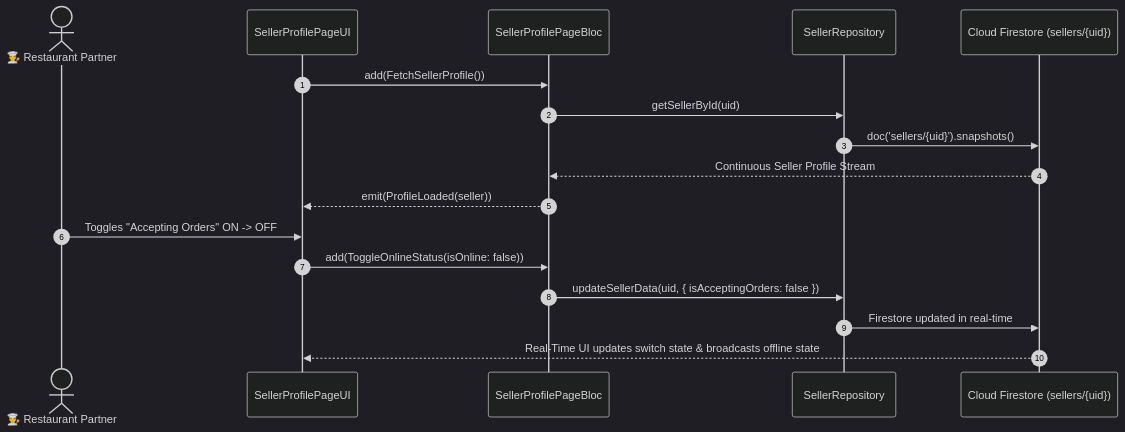
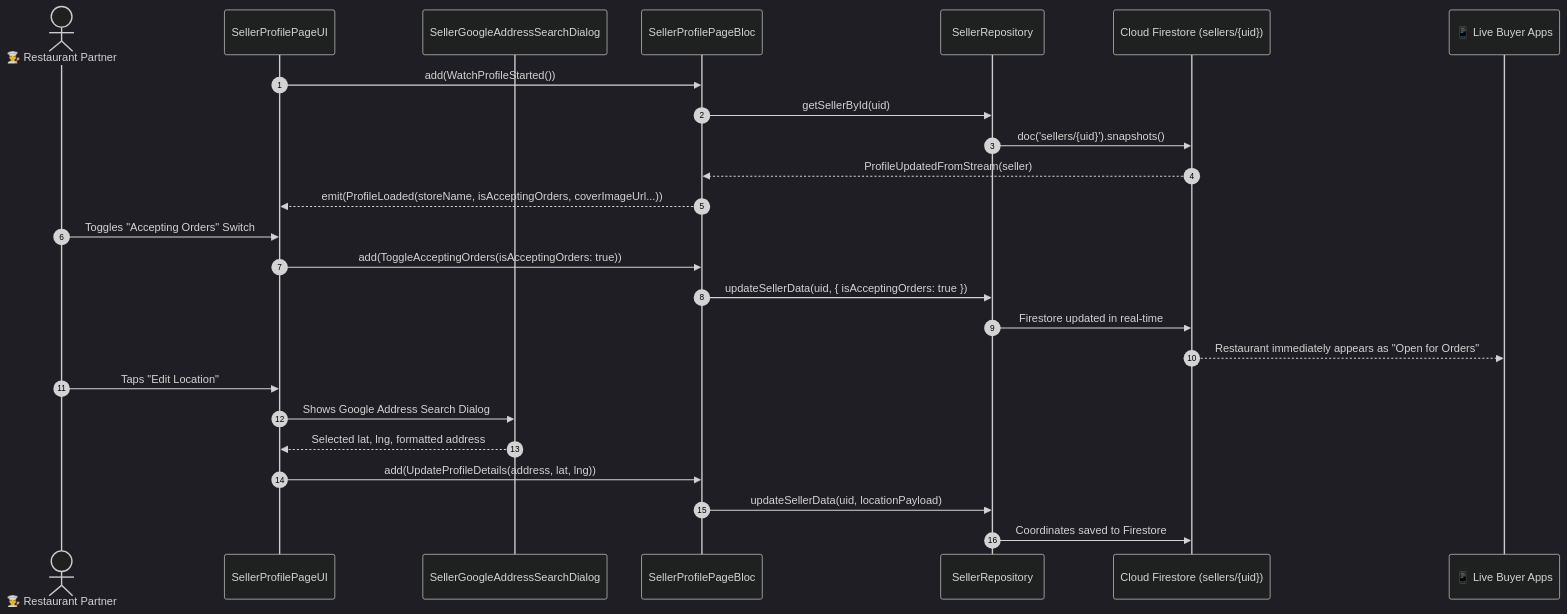
One commit to SRIKUMAR10/food_delivery_app changed the diagram in .md_files/04_Seller_Human_Journey_And_Testing/02_Store_Setup_And_Profile/08_SELLER_PROFILE_PAGE.md. Above: the diagram before and after it, drawn with Mermaid (dark theme). The commit also changed other lines of this file and 204 other files, not shown here.

````diff
--- a/.md_files/04_Seller_Human_Journey_And_Testing/02_Store_Setup_And_Profile/08_SELLER_PROFILE_PAGE.md
+++ b/.md_files/04_Seller_Human_Journey_And_Testing/02_Store_Setup_And_Profile/08_SELLER_PROFILE_PAGE.md
@@ -16,20 +17,28 @@
 ```mermaid
 sequenceDiagram
     autonumber
     actor Seller as 👨‍🍳 Restaurant Partner
     participant UI as SellerProfilePageUI
+    participant Dialog as SellerGoogleAddressSearchDialog
     participant Bloc as SellerProfilePageBloc
     participant Repo as SellerRepository
     participant FS as Cloud Firestore (sellers/{uid})
+    participant BuyerApp as 📱 Live Buyer Apps
 
-    UI->>Bloc: add(FetchSellerProfile())
+    UI->>Bloc: add(WatchProfileStarted())
     Bloc->>Repo: getSellerById(uid)
     Repo->>FS: doc('sellers/{uid}').snapshots()
-    FS-->>Bloc: Continuous Seller Profile Stream
-    Bloc-->>UI: emit(ProfileLoaded(seller))
-    Seller->>UI: Toggles "Accepting Orders" ON -> OFF
-    UI->>Bloc: add(ToggleOnlineStatus(isOnline: false))
-    Bloc->>Repo: updateSellerData(uid, { isAcceptingOrders: false })
+    FS-->>Bloc: ProfileUpdatedFromStream(seller)
+    Bloc-->>UI: emit(ProfileLoaded(storeName, isAcceptingOrders, coverImageUrl...))
+    Seller->>UI: Toggles "Accepting Orders" Switch
+    UI->>Bloc: add(ToggleAcceptingOrders(isAcceptingOrders: true))
+    Bloc->>Repo: updateSellerData(uid, { isAcceptingOrders: true })
     Repo->>FS: Firestore updated in real-time
-    FS-->>UI: Real-Time UI updates switch state & broadcasts offline state
+    FS-->>BuyerApp: Restaurant immediately appears as "Open for Orders"
+    Seller->>UI: Taps "Edit Location"
+    UI->>Dialog: Shows Google Address Search Dialog
+    Dialog-->>UI: Selected lat, lng, formatted address
+    UI->>Bloc: add(UpdateProfileDetails(address, lat, lng))
+    Bloc->>Repo: updateSellerData(uid, locationPayload)
+    Repo->>FS: Coordinates saved to Firestore
 ```
````
